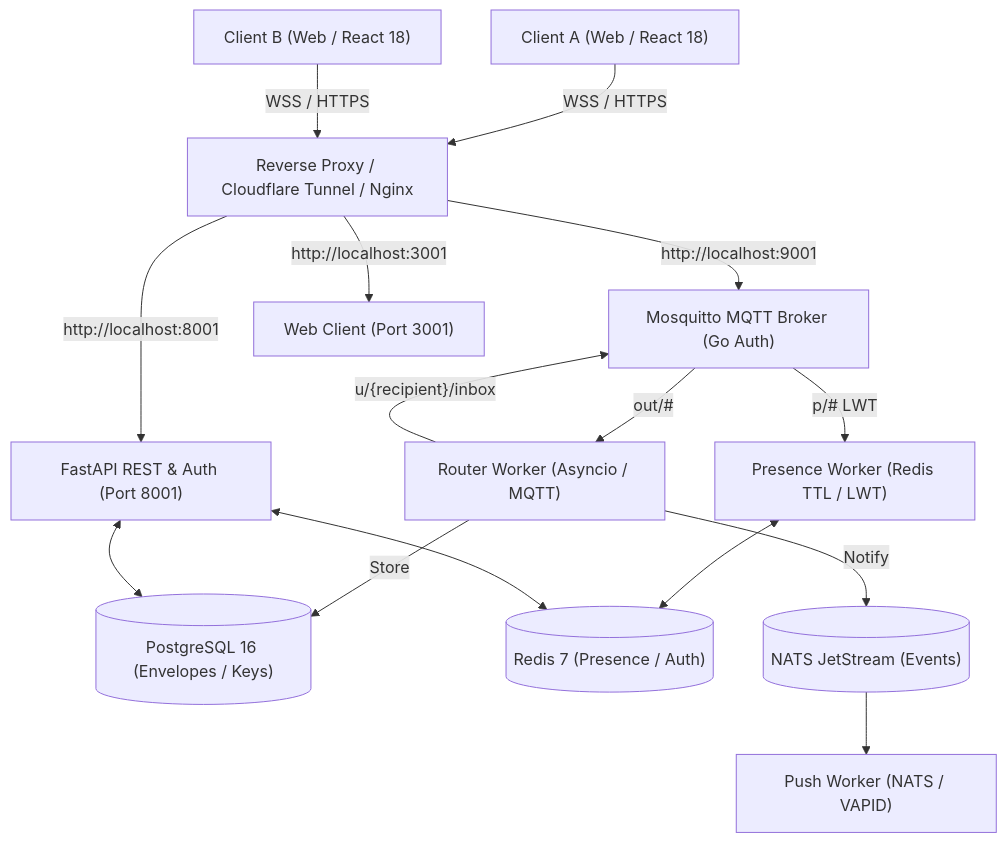
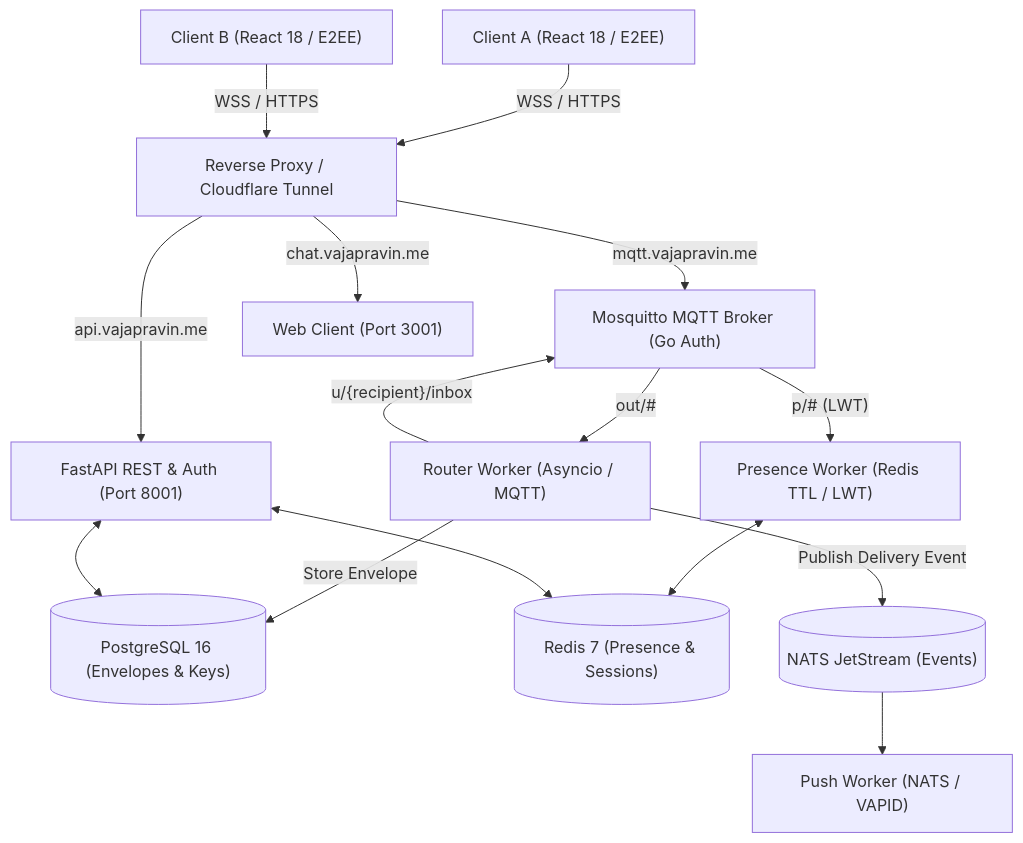
Before and after one commit to vajapravin/chatapp: the diagram in README.md, drawn with Mermaid. The commit also changed other lines of this file and 52 other files, not shown here.

````diff
--- a/README.md
+++ b/README.md
@@ -11,31 +75,31 @@
 ```mermaid
 graph TD
-    UserA["Client A (Web / React 18)"]
-    UserB["Client B (Web / React 18)"]
-    Ingress["Reverse Proxy / Cloudflare Tunnel / Nginx"]
+    UserA["Client A (React 18 / E2EE)"]
+    UserB["Client B (React 18 / E2EE)"]
+    Ingress["Reverse Proxy / Cloudflare Tunnel"]
     Mosq["Mosquitto MQTT Broker (Go Auth)"]
     API["FastAPI REST & Auth (Port 8001)"]
     Router["Router Worker (Asyncio / MQTT)"]
     Presence["Presence Worker (Redis TTL / LWT)"]
     Push["Push Worker (NATS / VAPID)"]
-    PG[("PostgreSQL 16 (Envelopes / Keys)")]
-    Redis[("Redis 7 (Presence / Auth)")]
+    PG[("PostgreSQL 16 (Envelopes & Keys)")]
+    Redis[("Redis 7 (Presence & Sessions)")]
     NATS[("NATS JetStream (Events)")]
 
     UserA -->|WSS / HTTPS| Ingress
     UserB -->|WSS / HTTPS| Ingress
-    Ingress -->|"http://localhost:3001"| Web["Web Client (Port 3001)"]
-    Ingress -->|"http://localhost:8001"| API
-    Ingress -->|"http://localhost:9001"| Mosq
+    Ingress -->|"chat.vajapravin.me"| Web["Web Client (Port 3001)"]
+    Ingress -->|"api.vajapravin.me"| API
+    Ingress -->|"mqtt.vajapravin.me"| Mosq
 
     Mosq -->|"out/#"| Router
-    Router -->|Store| PG
+    Router -->|Store Envelope| PG
     Router -->|"u/{recipient}/inbox"| Mosq
-    Router -->|Notify| NATS
+    Router -->|Publish Delivery Event| NATS
 
     NATS --> Push
-    Mosq -->|"p/# LWT"| Presence
+    Mosq -->|"p/# (LWT)"| Presence
     Presence <--> Redis
     API <--> PG
     API <--> Redis
 ```
````
